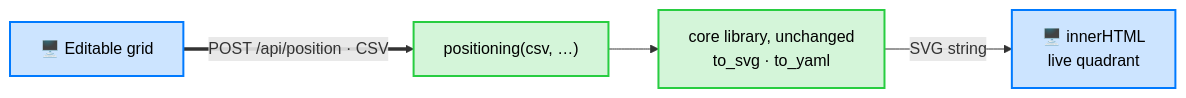
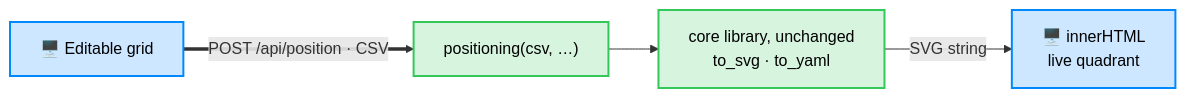
Before and after one commit to warith-harchaoui/standpoint: the first of 2 diagrams in GUI.md, drawn with Mermaid. The commit also changed other lines of this file and 42 other files, not shown here.

````diff
--- a/GUI.md
+++ b/GUI.md
@@ -77,12 +77,12 @@
 ```mermaid
 flowchart LR
     grid["🖥️ Editable grid"] ==>|"POST /api/position · CSV"| pos["positioning(csv, …)"]
     pos --> lib["core library, unchanged<br/>to_svg · to_yaml"]
     lib -->|"SVG string"| embed["🖥️ innerHTML<br/>live quadrant"]
 
     %% "Good Colors" palette: https://deraison.ai/colors/
-    classDef browser fill:#CCE4FF,stroke:#007AFF,color:#000000,stroke-width:2px;
-    classDef server fill:#D4F5D9,stroke:#28CD41,color:#000000,stroke-width:2px;
+    classDef browser fill:#CCE7FF,stroke:#0088FF,color:#000000,stroke-width:2px;
+    classDef server fill:#D6F4DE,stroke:#34C759,color:#000000,stroke-width:2px;
     class grid,embed browser;
     class pos,lib server;
 ```
````
